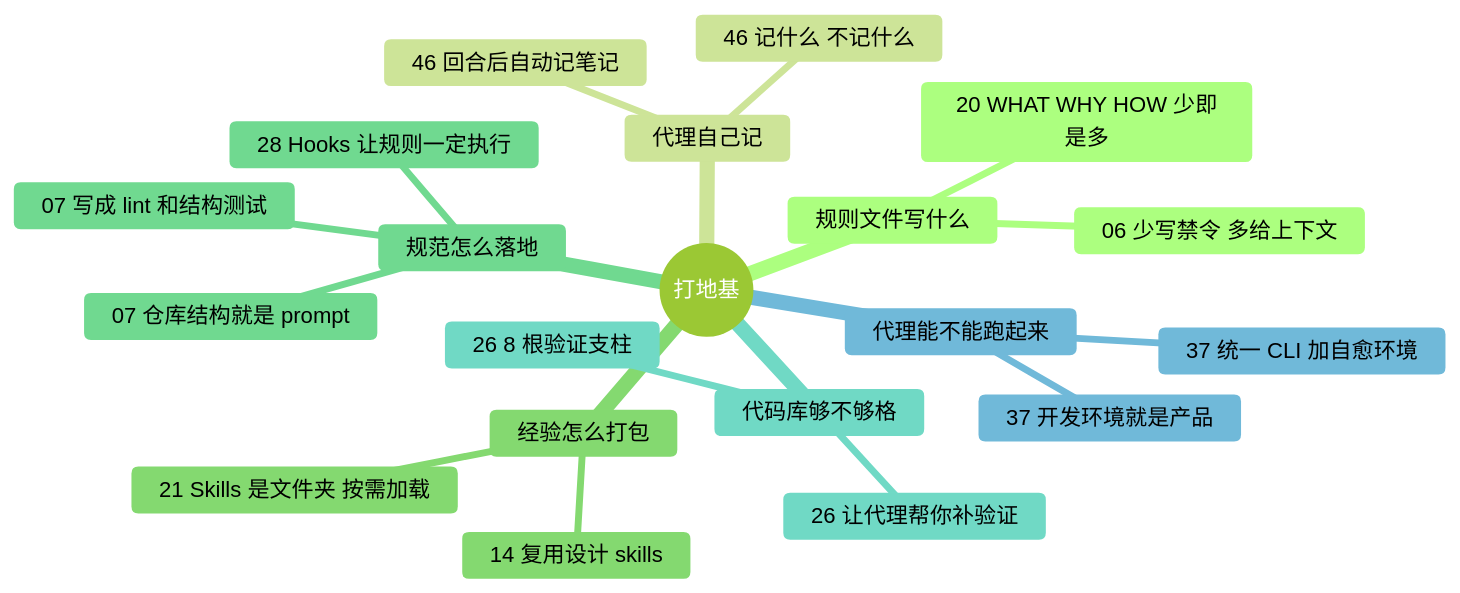
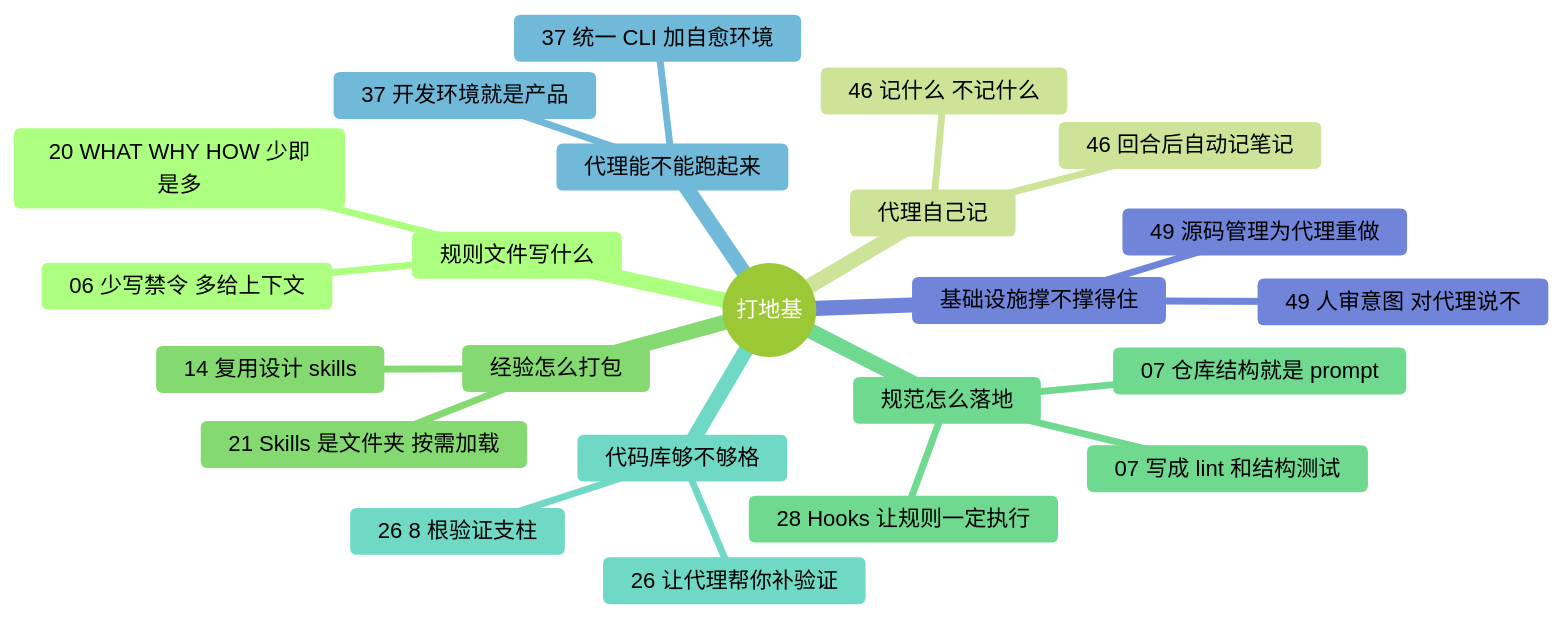
The diagram in docs/guide/foundation.md (yzw7489757/ai-coding-videos), drawn with Mermaid (forest theme) before and after one commit. The commit also changed other lines of this file and 22 other files, not shown here.

````diff
--- a/docs/guide/foundation.md
+++ b/docs/guide/foundation.md
@@ -13,23 +13,26 @@
 ```mermaid
 mindmap
   root((打地基))
     规则文件写什么
       20 WHAT WHY HOW 少即是多
       06 少写禁令 多给上下文
     代理自己记
       46 回合后自动记笔记
       46 记什么 不记什么
     经验怎么打包
       21 Skills 是文件夹 按需加载
       14 复用设计 skills
     规范怎么落地
       07 写成 lint 和结构测试
       07 仓库结构就是 prompt
       28 Hooks 让规则一定执行
     代码库够不够格
       26 8 根验证支柱
       26 让代理帮你补验证
     代理能不能跑起来
       37 开发环境就是产品
       37 统一 CLI 加自愈环境
+    基础设施撑不撑得住
+      49 源码管理为代理重做
+      49 人审意图 对代理说不
 ```
````
